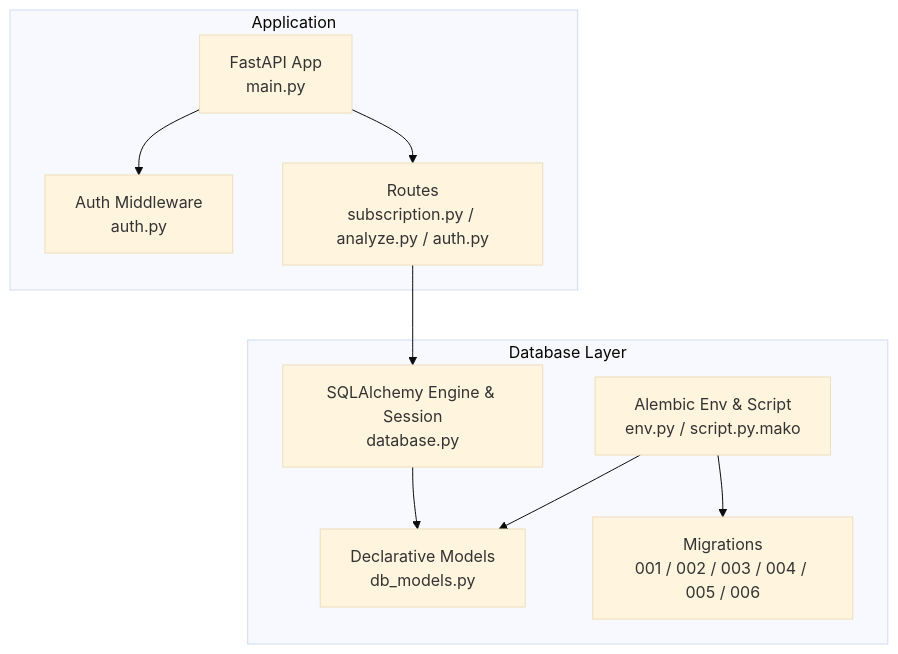
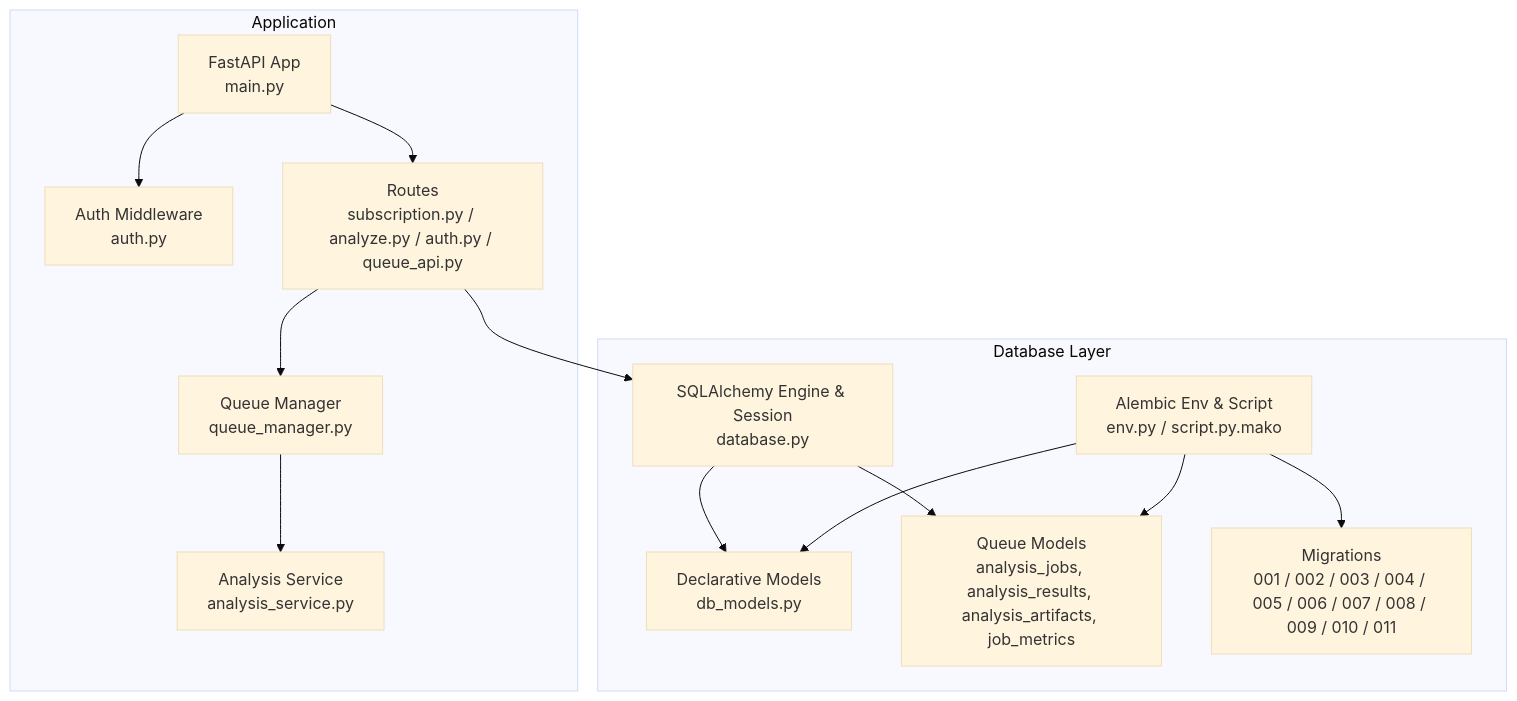
The first of 7 diagrams in .qoder/repowiki/en/content/Database Design/Database Design.md (Revanththetalogics/aireume), drawn with Mermaid (base theme) before and after one commit. The commit also changed other lines of this file and 20 other files, not shown here.

````diff
--- a/.qoder/repowiki/en/content/Database Design/Database Design.md
+++ b/.qoder/repowiki/en/content/Database Design/Database Design.md
@@ -50,20 +62,27 @@
 ```mermaid
 graph TB
 subgraph "Application"
 A["FastAPI App<br/>main.py"]
 B["Auth Middleware<br/>auth.py"]
-C["Routes<br/>subscription.py / analyze.py / auth.py"]
+C["Routes<br/>subscription.py / analyze.py / auth.py / queue_api.py"]
+D["Queue Manager<br/>queue_manager.py"]
+E["Analysis Service<br/>analysis_service.py"]
 end
 subgraph "Database Layer"
-D["SQLAlchemy Engine & Session<br/>database.py"]
-E["Declarative Models<br/>db_models.py"]
-F["Alembic Env & Script<br/>env.py / script.py.mako"]
-G["Migrations<br/>001 / 002 / 003 / 004 / 005 / 006"]
+F["SQLAlchemy Engine & Session<br/>database.py"]
+G["Declarative Models<br/>db_models.py"]
+H["Alembic Env & Script<br/>env.py / script.py.mako"]
+I["Queue Models<br/>analysis_jobs, analysis_results, analysis_artifacts, job_metrics"]
+J["Migrations<br/>001 / 002 / 003 / 004 / 005 / 006 / 007 / 008 / 009 / 010 / 011"]
 end
 A --> B
 A --> C
 C --> D
 D --> E
-F --> E
+C --> F
 F --> G
+F --> I
+H --> G
+H --> I
+H --> J
 ```
````
